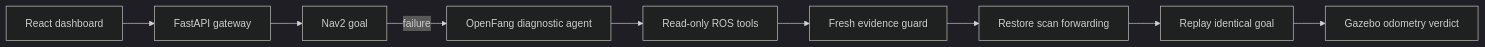
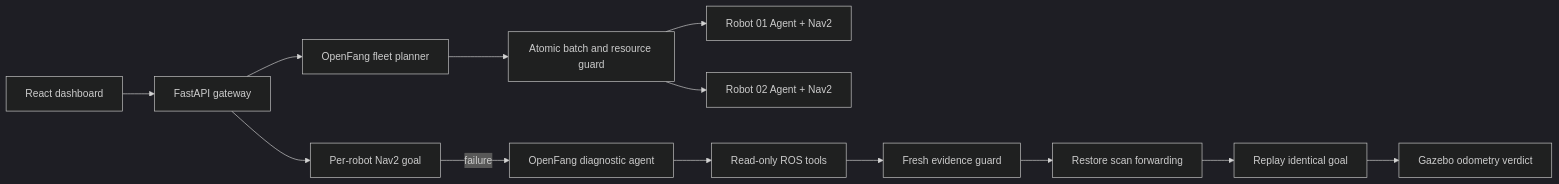
One commit to SeeWhy-star/robot-debug-lab changed the diagram in README.md. Above: the diagram before and after it, drawn with Mermaid (dark theme). The commit also changed other lines of this file and 18 other files, not shown here.

Commit message:
Add real two-robot fleet planning

````diff
--- a/README.md
+++ b/README.md
@@ -60,11 +62,15 @@
 ```mermaid
 flowchart LR
   UI[React dashboard] --> API[FastAPI gateway]
-  API --> Nav2[Nav2 goal]
+  API --> Fleet[OpenFang fleet planner]
+  Fleet --> Guard0[Atomic batch and resource guard]
+  Guard0 --> R1[Robot 01 Agent + Nav2]
+  Guard0 --> R2[Robot 02 Agent + Nav2]
+  API --> Nav2[Per-robot Nav2 goal]
   Nav2 -->|failure| Agent[OpenFang diagnostic agent]
   Agent --> Tools[Read-only ROS tools]
   Tools --> Guard[Fresh evidence guard]
   Guard --> Repair[Restore scan forwarding]
   Repair --> Replay[Replay identical goal]
   Replay --> Odom[Gazebo odometry verdict]
 ```
````
